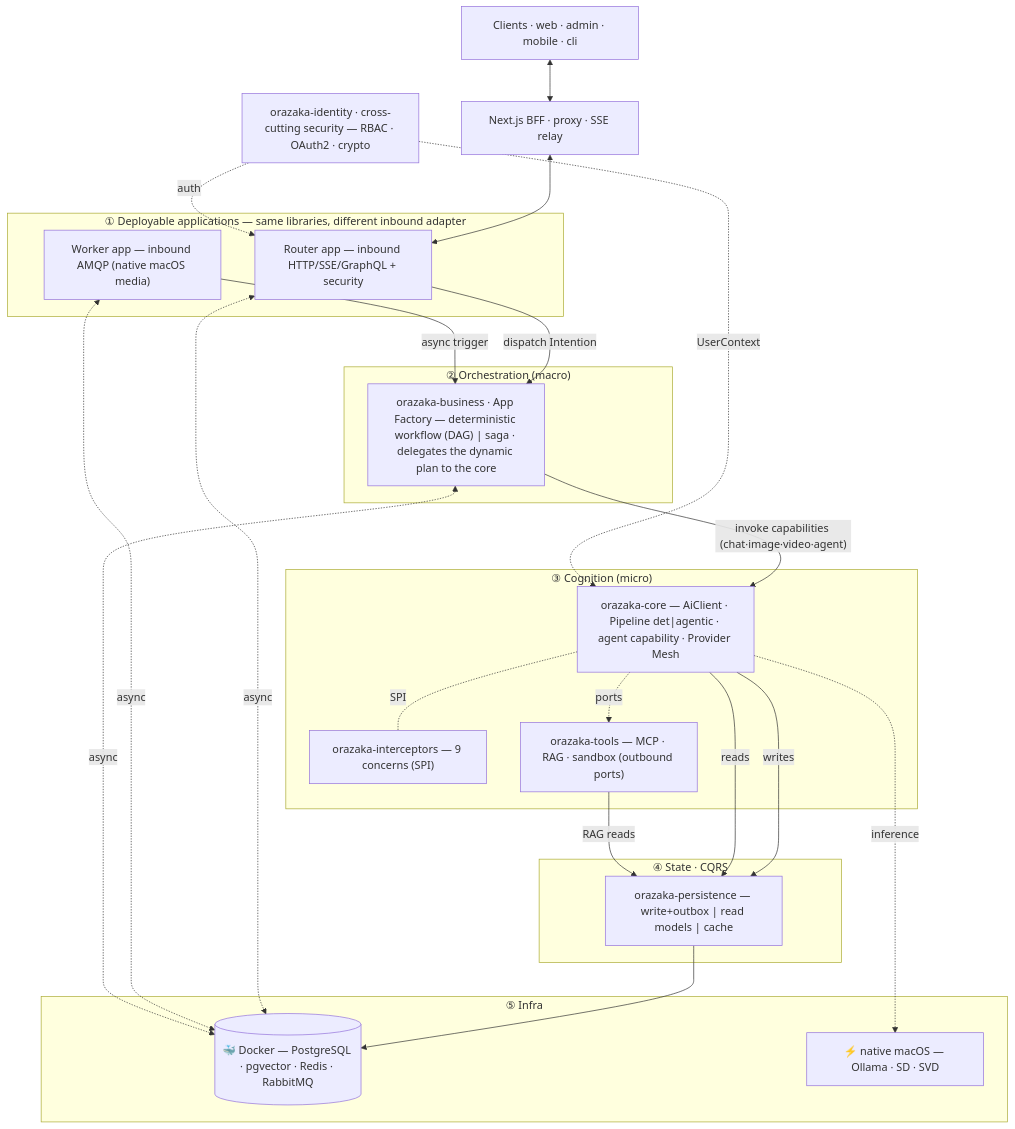
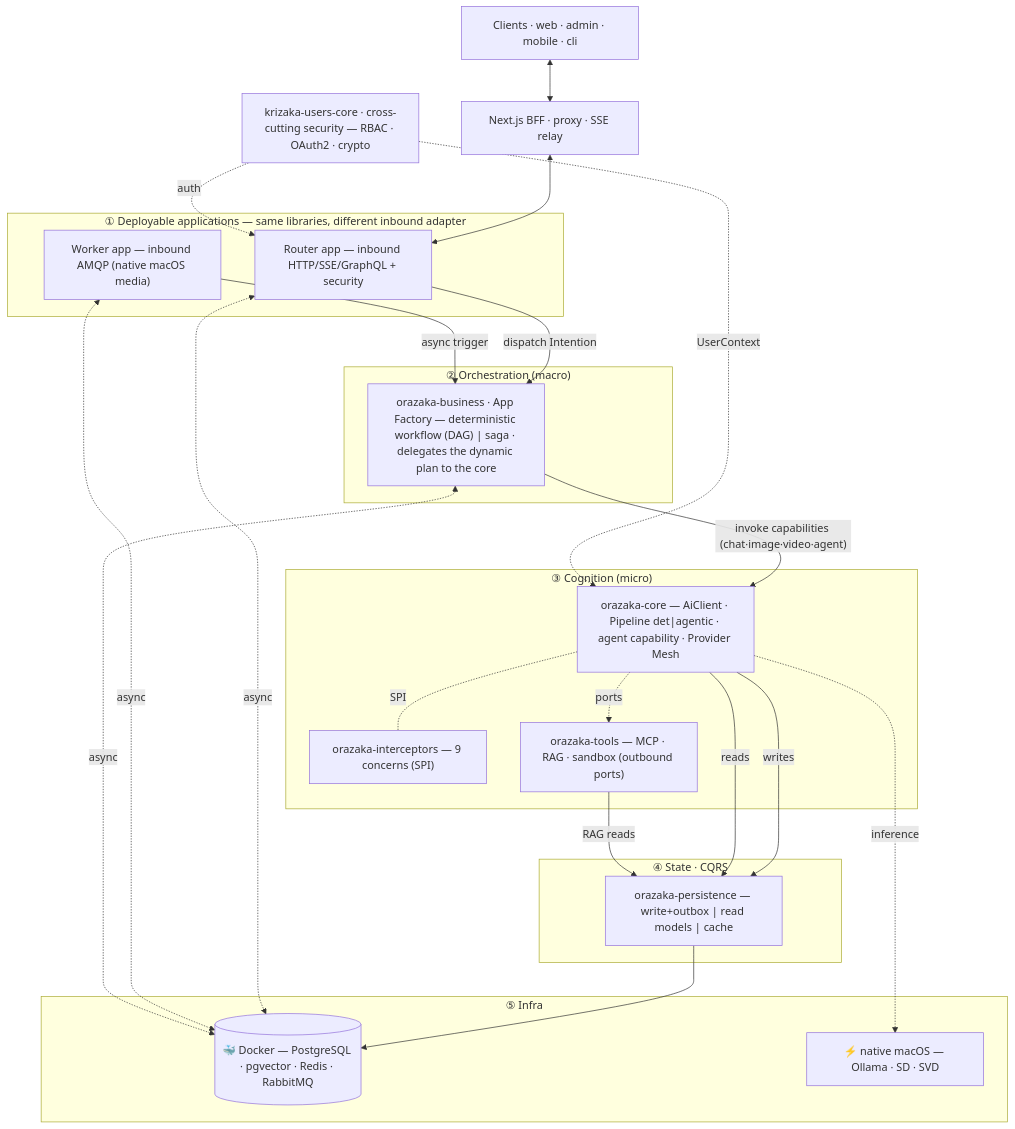
The third of 3 diagrams in orazaka-content/docs/VISION_ARCHITECTURE.md (krizaka/krizaka-com), drawn with Mermaid before and after one commit. The commit also changed other lines of this file and 27 other files, not shown here.

````diff
--- a/orazaka-content/docs/VISION_ARCHITECTURE.md
+++ b/orazaka-content/docs/VISION_ARCHITECTURE.md
@@ -237,48 +237,48 @@
 ```mermaid
 flowchart TB
   CL["Clients · web · admin · mobile · cli"]
   BFF["Next.js BFF · proxy · SSE relay"]
   CL <--> BFF
 
   subgraph L1["① Deployable applications — same libraries, different inbound adapter"]
     RT["Router app — inbound HTTP/SSE/GraphQL + security"]
     WK["Worker app — inbound AMQP (native macOS media)"]
   end
   BFF <--> RT
 
   subgraph L2["② Orchestration (macro)"]
     BIZ["orazaka-business · App Factory — deterministic workflow (DAG) | saga · delegates the dynamic plan to the core"]
   end
   RT -->|"dispatch Intention"| BIZ
   WK -->|"async trigger"| BIZ
 
   subgraph L3["③ Cognition (micro)"]
     CORE["orazaka-core — AiClient · Pipeline det|agentic · agent capability · Provider Mesh"]
     ICEPT["orazaka-interceptors — 9 concerns (SPI)"]
     TOOLS["orazaka-tools — MCP · RAG · sandbox (outbound ports)"]
   end
   BIZ -->|"invoke capabilities (chat·image·video·agent)"| CORE
   CORE -. SPI .- ICEPT
   CORE -. ports .-> TOOLS
 
-  IDN["orazaka-identity · cross-cutting security — RBAC · OAuth2 · crypto"]
+  IDN["krizaka-users-core · cross-cutting security — RBAC · OAuth2 · crypto"]
   IDN -. auth .-> RT
   IDN -. UserContext .-> CORE
 
   subgraph L4["④ State · CQRS"]
     PERS["orazaka-persistence — write+outbox | read models | cache"]
   end
   CORE -->|"writes"| PERS
   CORE -->|"reads"| PERS
   TOOLS -->|"RAG reads"| PERS
 
   subgraph L5["⑤ Infra"]
     DOCK[("🐳 Docker — PostgreSQL · pgvector · Redis · RabbitMQ")]
     NAT["⚡ native macOS — Ollama · SD · SVD"]
   end
   PERS --> DOCK
   CORE -. inference .-> NAT
   RT <-. async .-> DOCK
   WK <-. async .-> DOCK
   BIZ <-. async .-> DOCK
 ```
````
